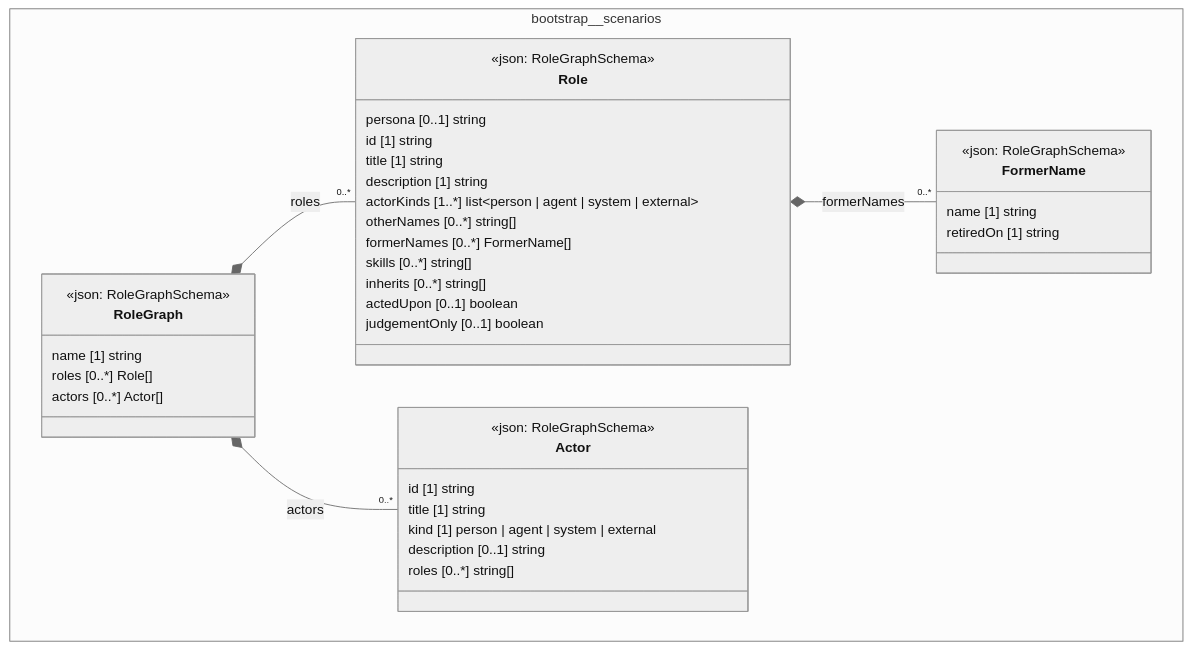
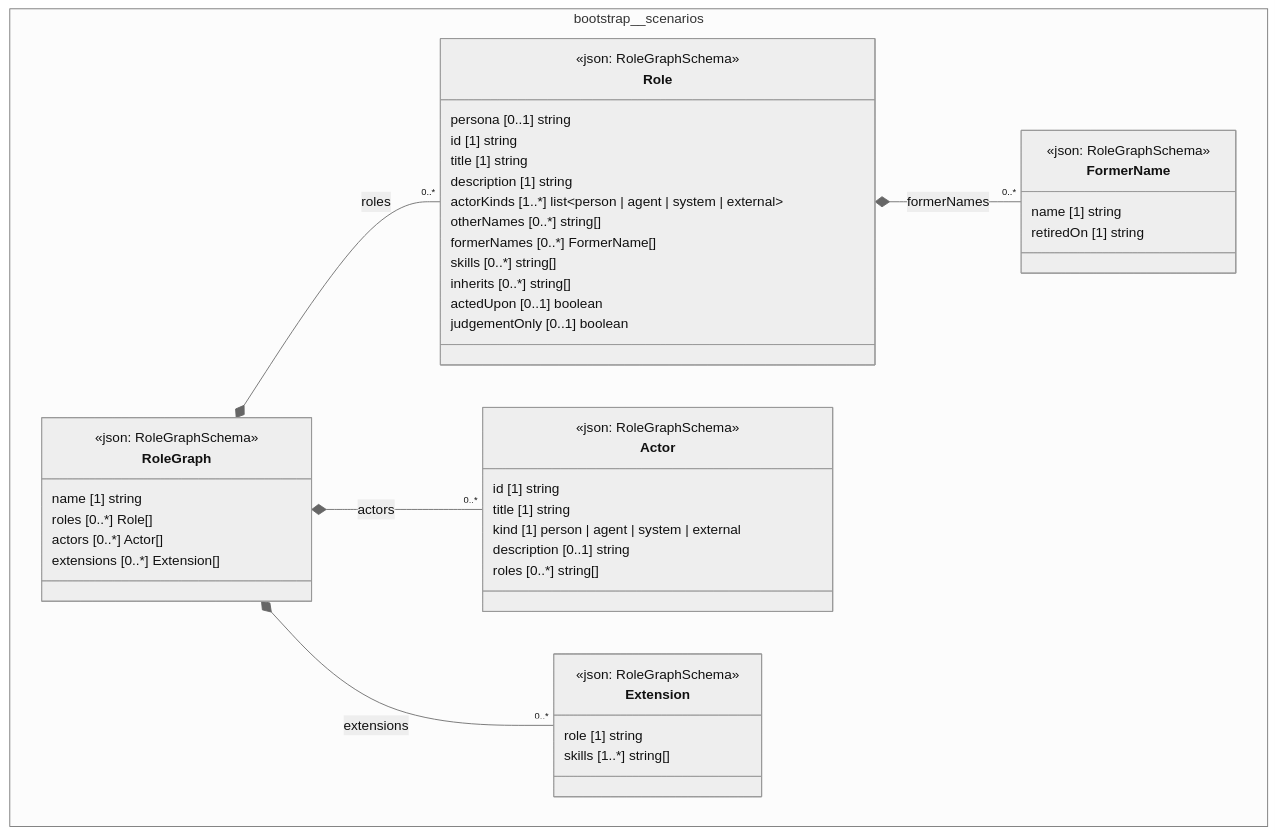
Before and after one commit to litlfred/folio-assistant: the diagram in cat-harness/docs/uml/overview/bootstrap/scenarios.md, drawn with Mermaid (neutral theme). The commit also changed 405 other files, not shown here.

````diff
--- a/cat-harness/docs/uml/overview/bootstrap/scenarios.md
+++ b/cat-harness/docs/uml/overview/bootstrap/scenarios.md
@@ -42,46 +42,54 @@
 ```mermaid
 classDiagram
   direction TB
   namespace bootstrap__scenarios {
     class bootstrap_scenarios_FormerName["FormerName"] {
       <<json: RoleGraphSchema>>
       name [1] string
       retiredOn [1] string
     }
     class bootstrap_scenarios_Role["Role"] {
       <<json: RoleGraphSchema>>
       persona [0..1] string
       id [1] string
       title [1] string
       description [1] string
       actorKinds [1..*] list~person | agent | system | external~
       otherNames [0..*] string[]
       formerNames [0..*] FormerName[]
       skills [0..*] string[]
       inherits [0..*] string[]
       actedUpon [0..1] boolean
       judgementOnly [0..1] boolean
     }
     class bootstrap_scenarios_Actor["Actor"] {
       <<json: RoleGraphSchema>>
       id [1] string
       title [1] string
       kind [1] person | agent | system | external
       description [0..1] string
       roles [0..*] string[]
     }
+    class bootstrap_scenarios_Extension["Extension"] {
+      <<json: RoleGraphSchema>>
+      role [1] string
+      skills [1..*] string[]
+    }
     class bootstrap_scenarios_RoleGraph["RoleGraph"] {
       <<json: RoleGraphSchema>>
       name [1] string
       roles [0..*] Role[]
       actors [0..*] Actor[]
+      extensions [0..*] Extension[]
     }
   }
   bootstrap_scenarios_Role *-- "0..*" bootstrap_scenarios_FormerName : formerNames
   bootstrap_scenarios_RoleGraph *-- "0..*" bootstrap_scenarios_Role : roles
   bootstrap_scenarios_RoleGraph *-- "0..*" bootstrap_scenarios_Actor : actors
+  bootstrap_scenarios_RoleGraph *-- "0..*" bootstrap_scenarios_Extension : extensions
   cssClass "bootstrap_scenarios_FormerName" fa_uml_kind_scenarios
   cssClass "bootstrap_scenarios_Role" fa_uml_kind_scenarios
   cssClass "bootstrap_scenarios_Actor" fa_uml_kind_scenarios
+  cssClass "bootstrap_scenarios_Extension" fa_uml_kind_scenarios
   cssClass "bootstrap_scenarios_RoleGraph" fa_uml_kind_scenarios
 ```
````
